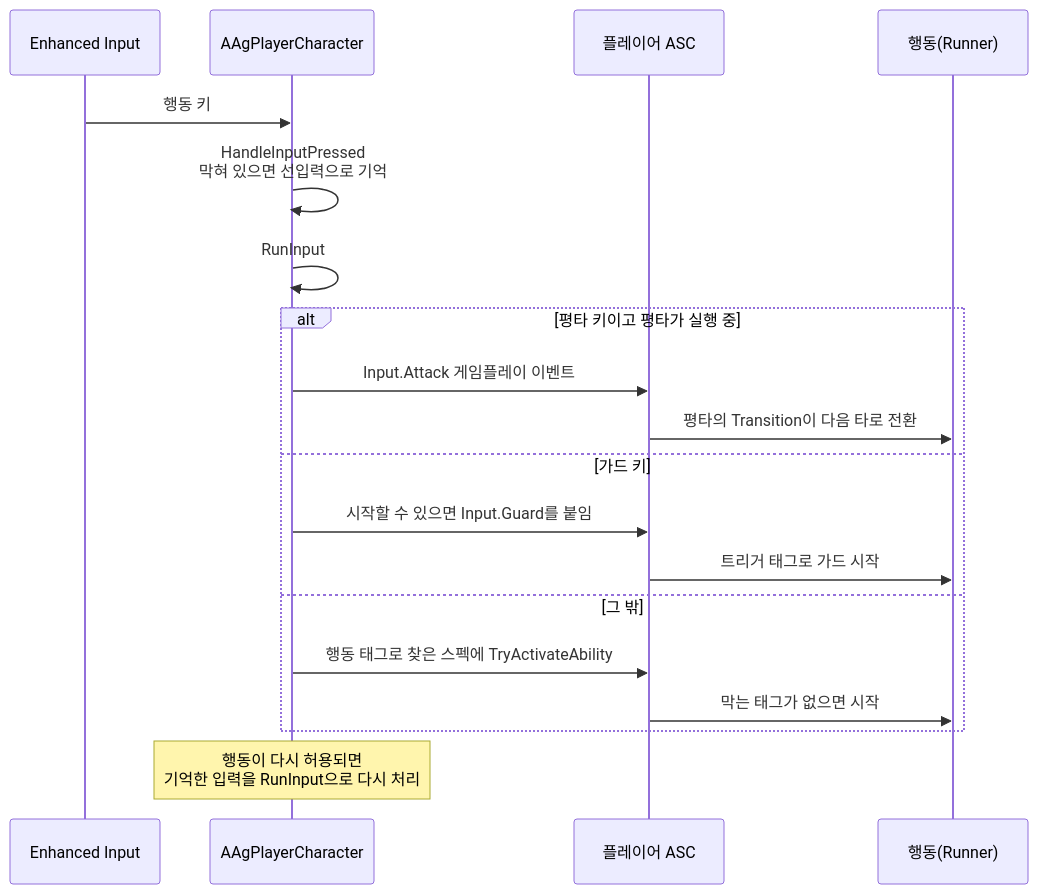
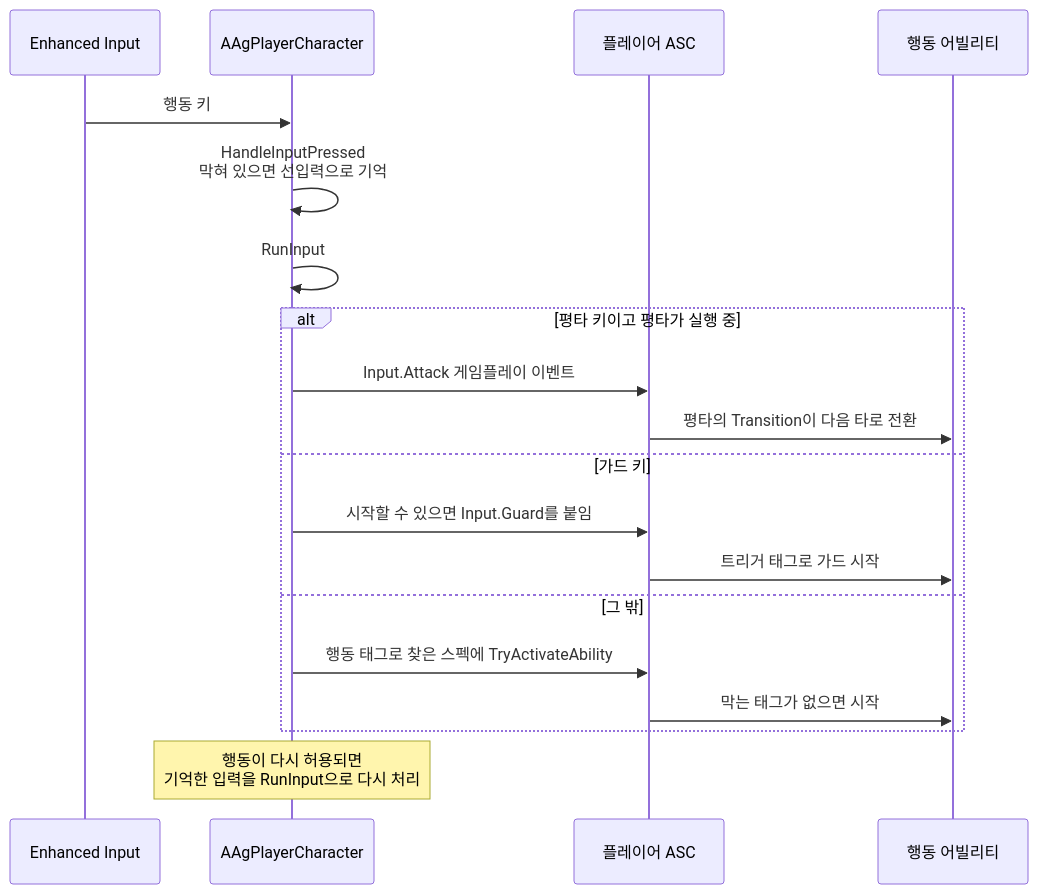
One commit to Woogl/Ag changed the diagram in Docs/Program/입력 처리.md. Above: the diagram before and after it, drawn with Mermaid. The commit also changed other lines of this file and 146 other files, not shown here.

````diff
--- a/Docs/Program/입력 처리.md
+++ b/Docs/Program/입력 처리.md
@@ -22,21 +22,21 @@
 ```mermaid
 sequenceDiagram
     participant In as Enhanced Input
     participant P as AAgPlayerCharacter
     participant ASC as 플레이어 ASC
-    participant GA as 행동(Runner)
+    participant GA as 행동 어빌리티
     In->>P: 행동 키
     P->>P: HandleInputPressed<br>막혀 있으면 선입력으로 기억
     P->>P: RunInput
     alt 평타 키이고 평타가 실행 중
         P->>ASC: Input.Attack 게임플레이 이벤트
         ASC->>GA: 평타의 Transition이 다음 타로 전환
     else 가드 키
         P->>ASC: 시작할 수 있으면 Input.Guard를 붙임
         ASC->>GA: 트리거 태그로 가드 시작
     else 그 밖
         P->>ASC: 행동 태그로 찾은 스펙에 TryActivateAbility
         ASC->>GA: 막는 태그가 없으면 시작
     end
     Note over P: 행동이 다시 허용되면<br>기억한 입력을 RunInput으로 다시 처리
 ```
````
